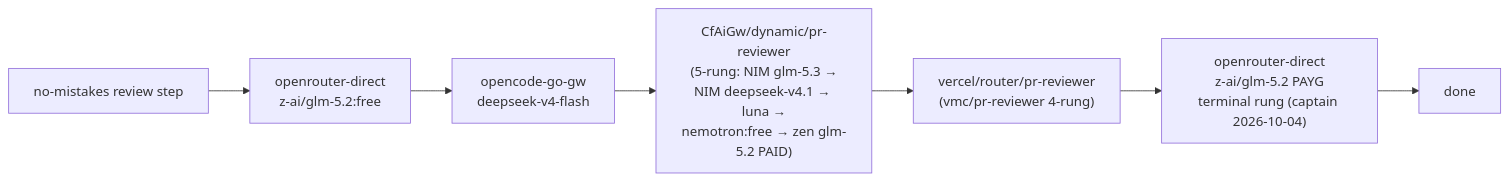
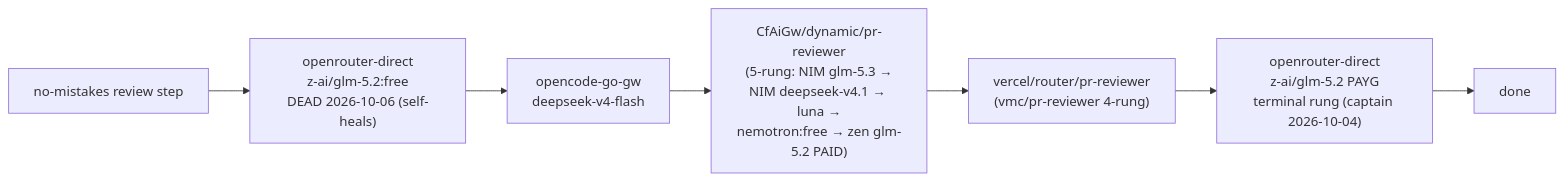
The second of 3 diagrams in dot_agents/skills/provider-catalog/references/d1/NO_MISTAKES_MODELS.md (phillias/dotfiles), drawn with Mermaid before and after one commit. The commit also changed other lines of this file and 3 other files, not shown here.

First line of the commit message:
fix(routing): openrouter z-ai/glm-5.2:free lane died upstream — pull dead head

````diff
--- a/dot_agents/skills/provider-catalog/references/d1/NO_MISTAKES_MODELS.md
+++ b/dot_agents/skills/provider-catalog/references/d1/NO_MISTAKES_MODELS.md
@@ -42,4 +42,4 @@
 ```mermaid
 flowchart LR
-    rev["no-mistakes review step"] --> v1["openrouter-direct<br/>z-ai/glm-5.2:free"] --> v2["opencode-go-gw<br/>deepseek-v4-flash"] --> v3["CfAiGw/dynamic/pr-reviewer<br/>(5-rung: NIM glm-5.3 →<br/>NIM deepseek-v4.1 → luna →<br/>nemotron:free → zen glm-5.2 PAID)"] --> v4["vercel/router/pr-reviewer<br/>(vmc/pr-reviewer 4-rung)"] --> v5["openrouter-direct<br/>z-ai/glm-5.2 PAYG<br/>terminal rung (captain 2026-10-04)"] --> done[done]
+    rev["no-mistakes review step"] --> v1["openrouter-direct<br/>z-ai/glm-5.2:free<br/>DEAD 2026-10-06 (self-heals)"] --> v2["opencode-go-gw<br/>deepseek-v4-flash"] --> v3["CfAiGw/dynamic/pr-reviewer<br/>(5-rung: NIM glm-5.3 →<br/>NIM deepseek-v4.1 → luna →<br/>nemotron:free → zen glm-5.2 PAID)"] --> v4["vercel/router/pr-reviewer<br/>(vmc/pr-reviewer 4-rung)"] --> v5["openrouter-direct<br/>z-ai/glm-5.2 PAYG<br/>terminal rung (captain 2026-10-04)"] --> done[done]
 ```
````
